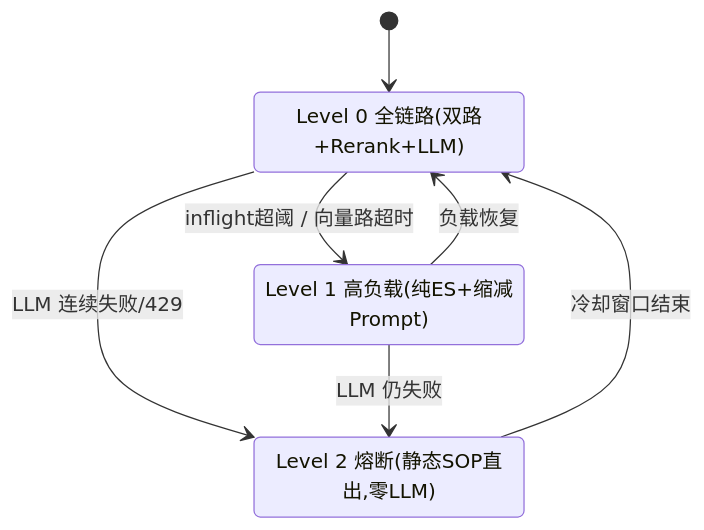
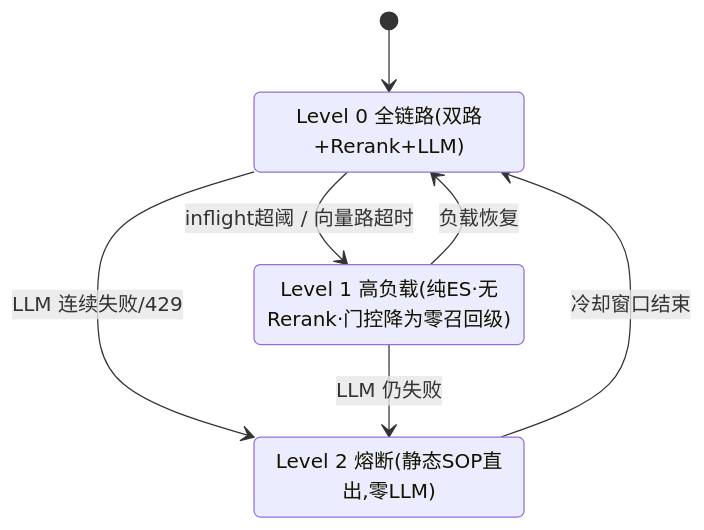
The second of 2 diagrams in README.md (shing26/opspilot-aiops), drawn with Mermaid before and after one commit. The commit also changed other lines of this file and 4 other files, not shown here.

````diff
--- a/README.md
+++ b/README.md
@@ -96,12 +96,12 @@
 ```mermaid
 stateDiagram-v2
     [*] --> L0
     L0: Level 0 全链路(双路+Rerank+LLM)
-    L1: Level 1 高负载(纯ES+缩减Prompt)
+    L1: Level 1 高负载(纯ES·无Rerank·门控降为零召回级)
     L2: Level 2 熔断(静态SOP直出,零LLM)
     L0 --> L1: inflight超阈 / 向量路超时
     L1 --> L0: 负载恢复
     L0 --> L2: LLM 连续失败/429
     L2 --> L0: 冷却窗口结束
     L1 --> L2: LLM 仍失败
 ```
````
